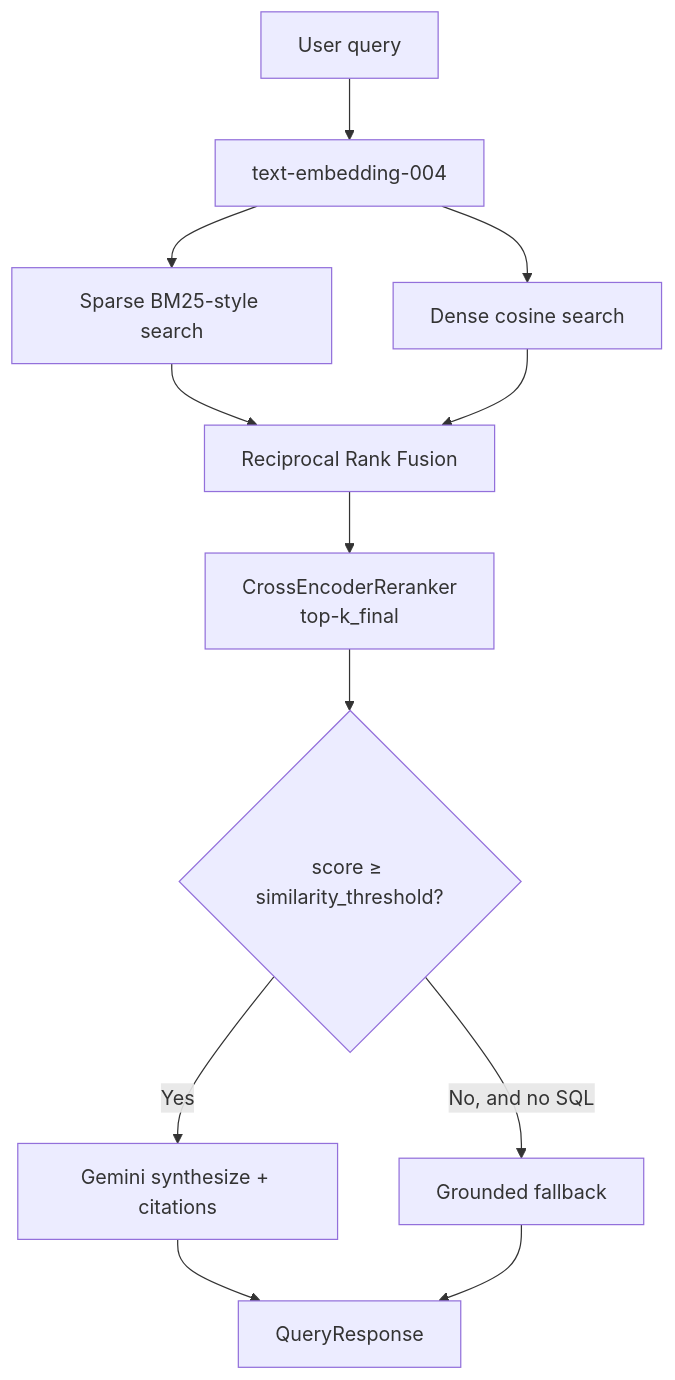
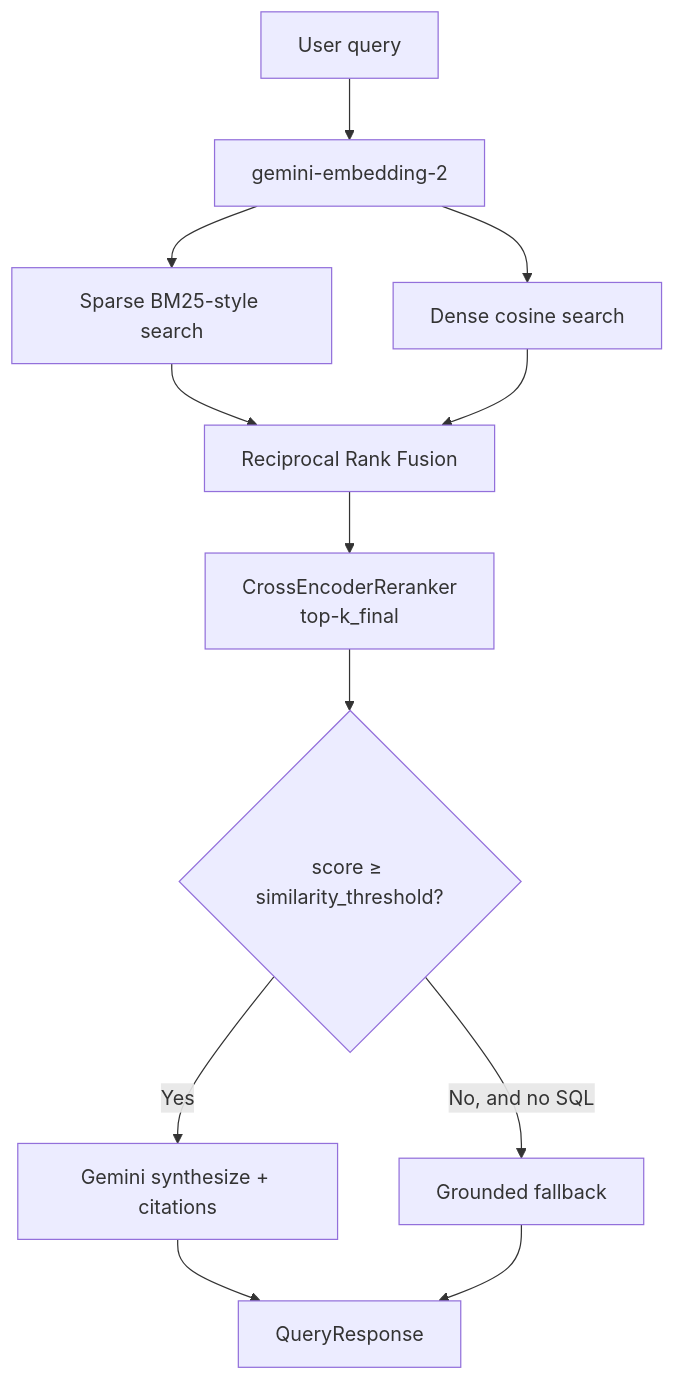
One commit to reddaboina-anil/hackathon_best_seller changed the third of 5 diagrams in README.md. Above: the diagram before and after it, drawn with Mermaid. The commit also changed other lines of this file and 40 other files, not shown here.

````diff
--- a/README.md
+++ b/README.md
@@ -86,14 +86,14 @@
 ```mermaid
 flowchart TD
-    Q["User query"] --> Embed["text-embedding-004"]
+    Q["User query"] --> Embed["gemini-embedding-2"]
     Embed --> BM25["Sparse BM25-style search"]
     Embed --> Dense["Dense cosine search"]
     BM25 --> RRF["Reciprocal Rank Fusion"]
     Dense --> RRF
     RRF --> Rerank["CrossEncoderReranker\ntop-k_final"]
     Rerank --> Gate{"score ≥ similarity_threshold?"}
     Gate -->|No, and no SQL| Fallback["Grounded fallback"]
     Gate -->|Yes| LLM["Gemini synthesize + citations"]
     LLM --> Out["QueryResponse"]
     Fallback --> Out
 ```
````
